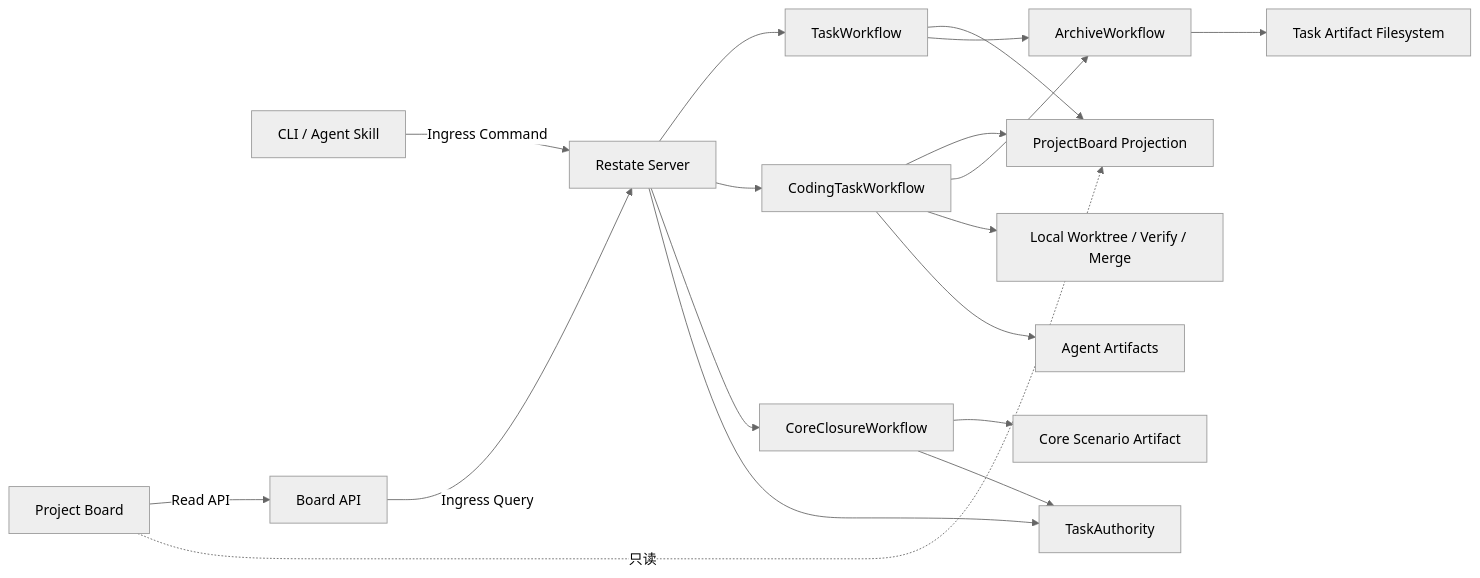
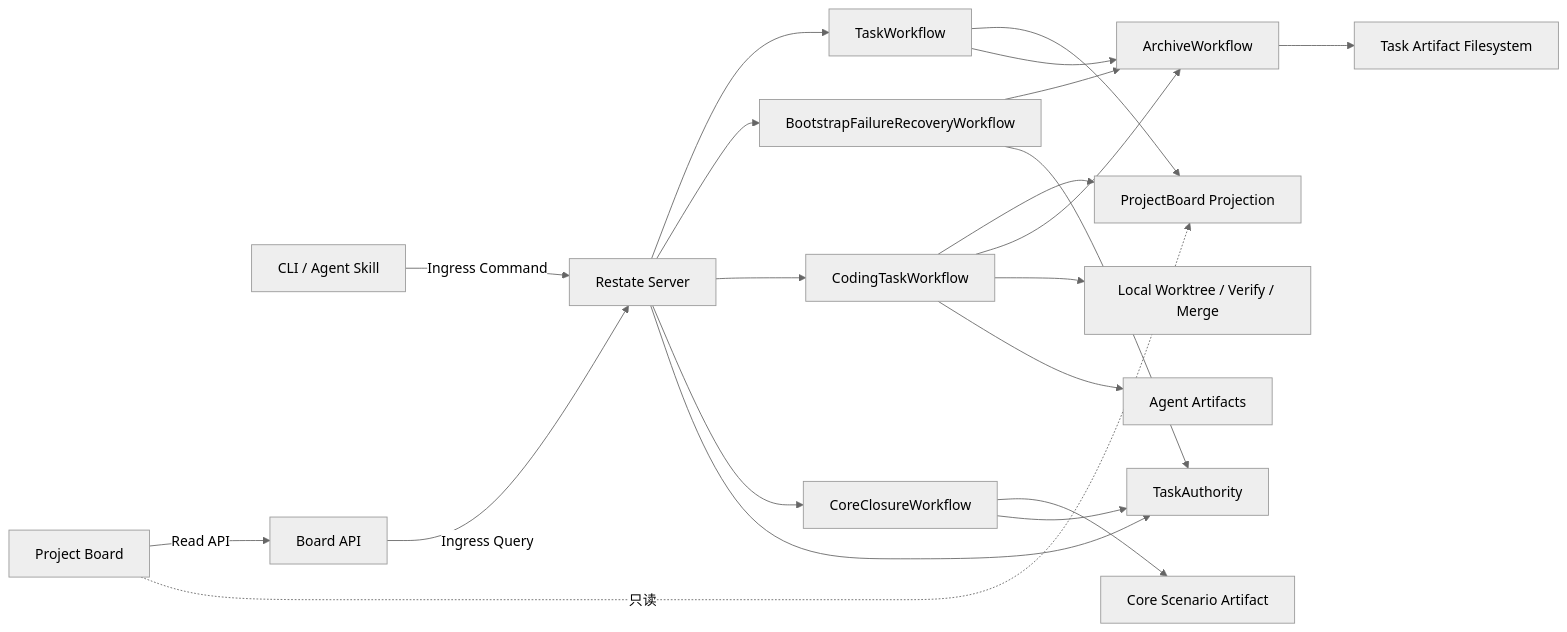
Before and after one commit to xxy2000s/moye: the diagram in docs/knowledge/current/architecture/poc-01-restate.md, drawn with Mermaid (neutral theme). The commit also changed other lines of this file and 49 other files, not shown here.

````diff
--- a/docs/knowledge/current/architecture/poc-01-restate.md
+++ b/docs/knowledge/current/architecture/poc-01-restate.md
@@ -32,20 +32,23 @@
 ```mermaid
 flowchart LR
     CLI[CLI / Agent Skill] -->|Ingress Command| RS[Restate Server]
     UI[Project Board] -->|Read API| BA[Board API]
     BA -->|Ingress Query| RS
     RS --> TW[TaskWorkflow]
+    RS --> BRW[BootstrapFailureRecoveryWorkflow]
     RS --> CW[CodingTaskWorkflow]
     RS --> CCW[CoreClosureWorkflow]
     RS --> TA[TaskAuthority]
     TW --> PW[ProjectBoard Projection]
     TW --> AW[ArchiveWorkflow]
+    BRW --> AW
+    BRW --> TA
     CW --> PW
     CW --> AW
     AW --> FS[Task Artifact Filesystem]
     CW --> GIT[Local Worktree / Verify / Merge]
     CW --> AA[Agent Artifacts]
     CCW --> CA[Core Scenario Artifact]
     CCW --> TA
     UI -.只读.-> PW
 ```
````
